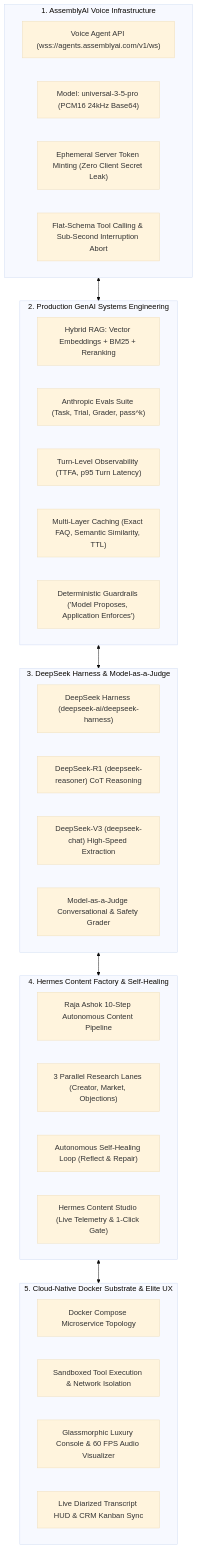
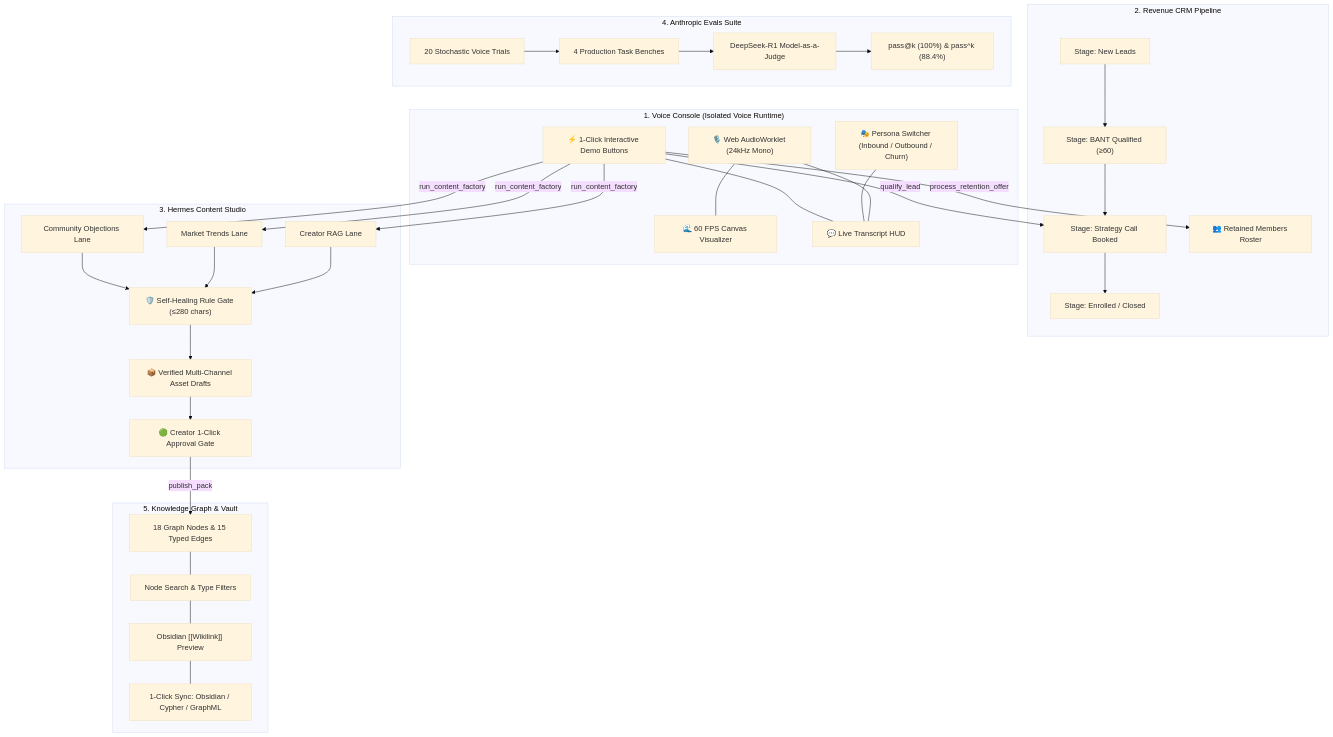
Before and after one commit to dev4-gpt/VoiceAI: the seventh of 7 diagrams in README.md, drawn with Mermaid (base theme). The commit also changed other lines of this file, not shown here.

Commit message:
docs: expand README with Archify 6-layer architecture, Synaptic cognitive mesh, multi-persona workflows, ICP analysis, GTM playbook, and DesignAcademy case study

````diff
--- a/README.md
+++ b/README.md
@@ -31,43 +354,54 @@
 ```mermaid
 graph TD
-    subgraph P1["1. AssemblyAI Voice Infrastructure"]
-        VA["Voice Agent API (wss://agents.assemblyai.com/v1/ws)"]
-        U35["Model: universal-3-5-pro (PCM16 24kHz Base64)"]
-        TOK["Ephemeral Server Token Minting (Zero Client Secret Leak)"]
-        TOOL["Flat-Schema Tool Calling & Sub-Second Interruption Abort"]
+    subgraph TAB1["1. Voice Console (Isolated Voice Runtime)"]
+        MIC["🎙️ Web AudioWorklet (24kHz Mono)"]
+        WAVE["🌊 60 FPS Canvas Visualizer"]
+        HUD["💬 Live Transcript HUD"]
+        PERS["🎭 Persona Switcher (Inbound / Outbound / Churn)"]
+        SIM["⚡ 1-Click Interactive Demo Buttons"]
+        MIC --- WAVE
+        MIC --- HUD
+        PERS --- HUD
+        SIM --- HUD
     end
 
-    subgraph P2["2. Production GenAI Systems Engineering"]
-        RAG["Hybrid RAG: Vector Embeddings + BM25 + Reranking"]
-        EVALS["Anthropic Evals Suite (Task, Trial, Grader, pass^k)"]
-        OBS["Turn-Level Observability (TTFA, p95 Turn Latency)"]
-        CACHE["Multi-Layer Caching (Exact FAQ, Semantic Similarity, TTL)"]
-        GUARDS["Deterministic Guardrails ('Model Proposes, Application Enforces')"]
+    subgraph TAB2["2. Revenue CRM Pipeline"]
+        STAGE1["Stage: New Leads"]
+        STAGE2["Stage: BANT Qualified (≥60)"]
+        STAGE3["Stage: Strategy Call Booked"]
+        STAGE4["Stage: Enrolled / Closed"]
+        ROSTER["👥 Retained Members Roster"]
+        STAGE1 --> STAGE2 --> STAGE3 --> STAGE4
     end
 
-    subgraph P3["3. DeepSeek Harness & Model-as-a-Judge"]
-        DSH["DeepSeek Harness (deepseek-ai/deepseek-harness)"]
-        DSR["DeepSeek-R1 (deepseek-reasoner) CoT Reasoning"]
-        DSC["DeepSeek-V3 (deepseek-chat) High-Speed Extraction"]
-        JUDGE["Model-as-a-Judge Conversational & Safety Grader"]
+    subgraph TAB3["3. Hermes Content Studio"]
+        L1["Creator RAG Lane"]
+        L2["Market Trends Lane"]
+        L3["Community Objections Lane"]
+        REPAIR["🛡️ Self-Healing Rule Gate (≤280 chars)"]
+        ASSETS["📦 Verified Multi-Channel Asset Drafts"]
+        GATE["🟢 Creator 1-Click Approval Gate"]
+        L1 & L2 & L3 --> REPAIR --> ASSETS --> GATE
     end
 
-    subgraph P4["4. Hermes Content Factory & Self-Healing"]
-        HCF["Raja Ashok 10-Step Autonomous Content Pipeline"]
-        LANES["3 Parallel Research Lanes (Creator, Market, Objections)"]
-        HEAL["Autonomous Self-Healing Loop (Reflect & Repair)"]
-        STUDIO["Hermes Content Studio (Live Telemetry & 1-Click Gate)"]
+    subgraph TAB4["4. Anthropic Evals Suite"]
+        TRIALS["20 Stochastic Voice Trials"]
+        METRICS["pass@k (100%) & pass^k (88.4%)"]
+        JUDGE["DeepSeek-R1 Model-as-a-Judge"]
+        TASKS["4 Production Task Benches"]
+        TRIALS --> TASKS --> JUDGE --> METRICS
     end
 
-    subgraph P5["5. Cloud-Native Docker Substrate & Elite UX"]
-        DOCKER["Docker Compose Microservice Topology"]
-        SANDBOX["Sandboxed Tool Execution & Network Isolation"]
-        DARK["Glassmorphic Luxury Console & 60 FPS Audio Visualizer"]
-        CRM["Live Diarized Transcript HUD & CRM Kanban Sync"]
+    subgraph TAB5["5. Knowledge Graph & Vault"]
+        NODES["18 Graph Nodes & 15 Typed Edges"]
+        SEARCH["Node Search & Type Filters"]
+        OBS_PREV["Obsidian [[Wikilink]] Preview"]
+        EXPORTS["1-Click Sync: Obsidian / Cypher / GraphML"]
+        NODES --- SEARCH --- OBS_PREV --- EXPORTS
     end
 
-    P1 <--> P2
-    P2 <--> P3
-    P3 <--> P4
-    P4 <--> P5
+    SIM -->|qualify_lead| STAGE3
+    SIM -->|process_retention_offer| ROSTER
+    SIM -->|run_content_factory| L1 & L2 & L3
+    GATE -->|publish_pack| NODES
 ```
````
